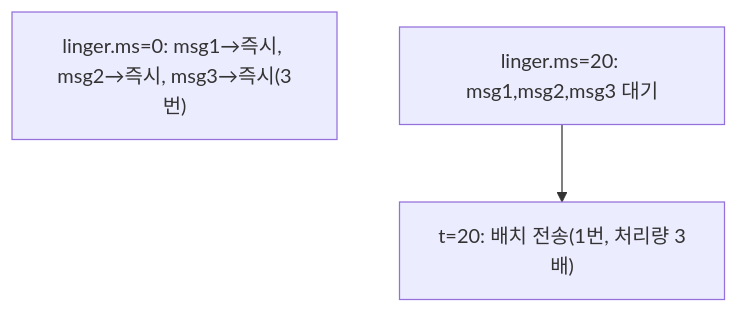
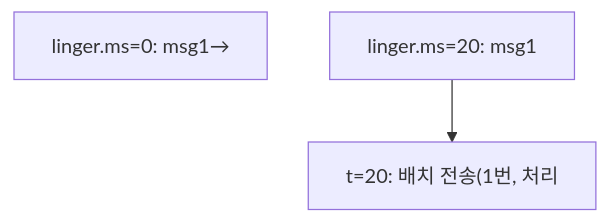
One commit to yjkim2015/yjkim2015.github.io changed the third of 21 diagrams in _posts/kafka/2026-05-01-kafka-internals.md. Above: the diagram before and after it, drawn with Mermaid. The commit also changed other lines of this file and 271 other files, not shown here.

First line of the commit message:
Mermaid 라벨 축소: 긴 노드 텍스트 18자 이하로 트림 + \n 제거

````diff
--- a/_posts/kafka/2026-05-01-kafka-internals.md
+++ b/_posts/kafka/2026-05-01-kafka-internals.md
@@ -54,6 +54,6 @@
 ```mermaid
 graph TD
-    A["linger.ms=0: msg1→즉시, msg2→즉시, msg3→즉시(3번)"]
-    B["linger.ms=20: msg1,msg2,msg3 대기"]
-    B --> C["t=20: 배치 전송(1번, 처리량 3배)"]
+    A["linger.ms=0: msg1→"]
+    B["linger.ms=20: msg1"]
+    B --> C["t=20: 배치 전송(1번, 처리"]
 ```
````
